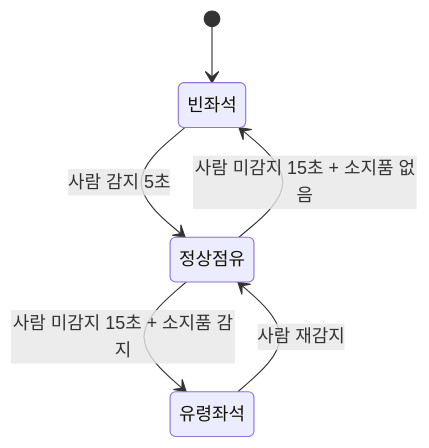
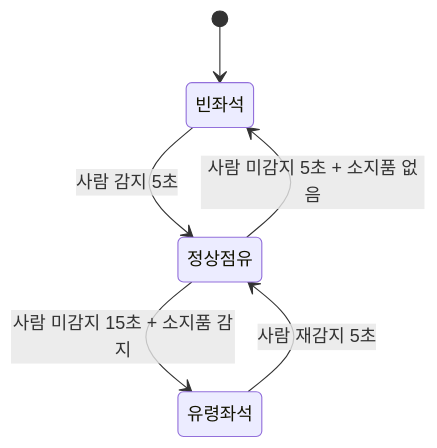
One commit to Sogang-Univ/fake_seat_detection_02 changed the second of 2 diagrams in README.md. Above: the diagram before and after it, drawn with Mermaid.

````diff
--- a/README.md
+++ b/README.md
@@ -56,11 +56,11 @@
 ```mermaid
 stateDiagram-v2
     state "빈좌석" as S0
     state "정상점유" as S1
     state "유령좌석" as S2
     [*] --> S0
     S0 --> S1 : 사람 감지 5초
-    S1 --> S0 : 사람 미감지 15초 + 소지품 없음
+    S1 --> S0 : 사람 미감지 5초 + 소지품 없음
     S1 --> S2 : 사람 미감지 15초 + 소지품 감지
-    S2 --> S1 : 사람 재감지
+    S2 --> S1 : 사람 재감지 5초
 ```
````
